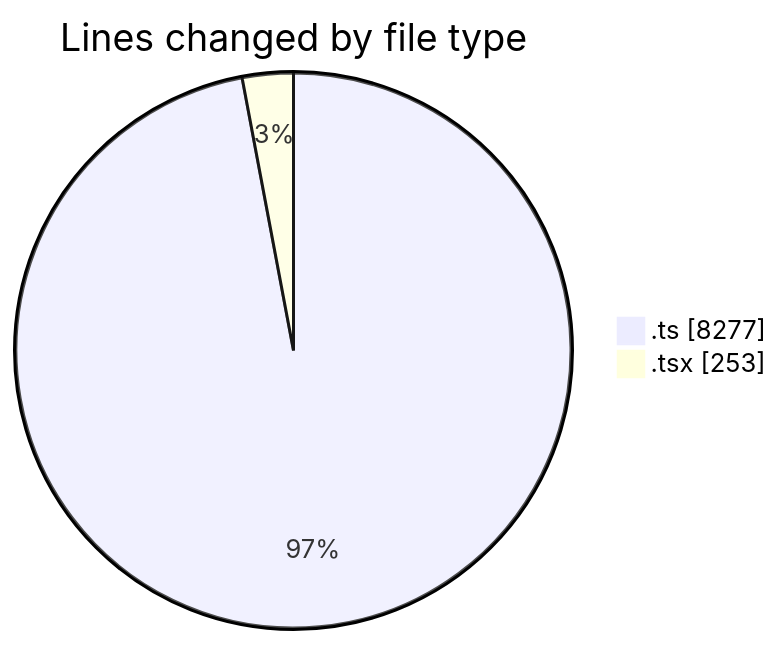
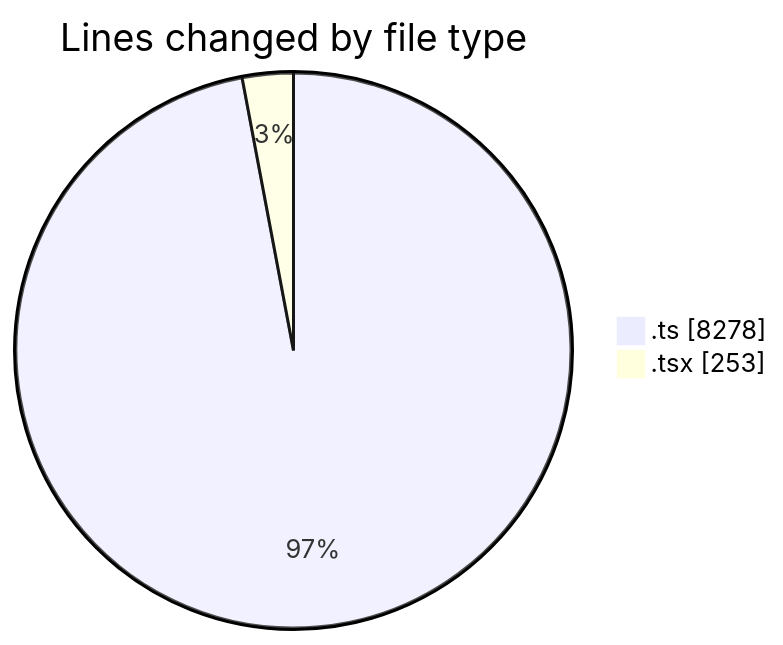
Before and after one commit to momahboobian/code-tracking: the first of 2 diagrams in 2025-07-14/cda/README.md, drawn with Mermaid. The commit also changed other lines of this file and 1 other file, not shown here.

````diff
--- a/2025-07-14/cda/README.md
+++ b/2025-07-14/cda/README.md
@@ -24,6 +24,6 @@
 ```mermaid
 pie showData
 title Lines changed by file type
-".ts" : 8277
+".ts" : 8278
 ".tsx" : 253
 ```
````
